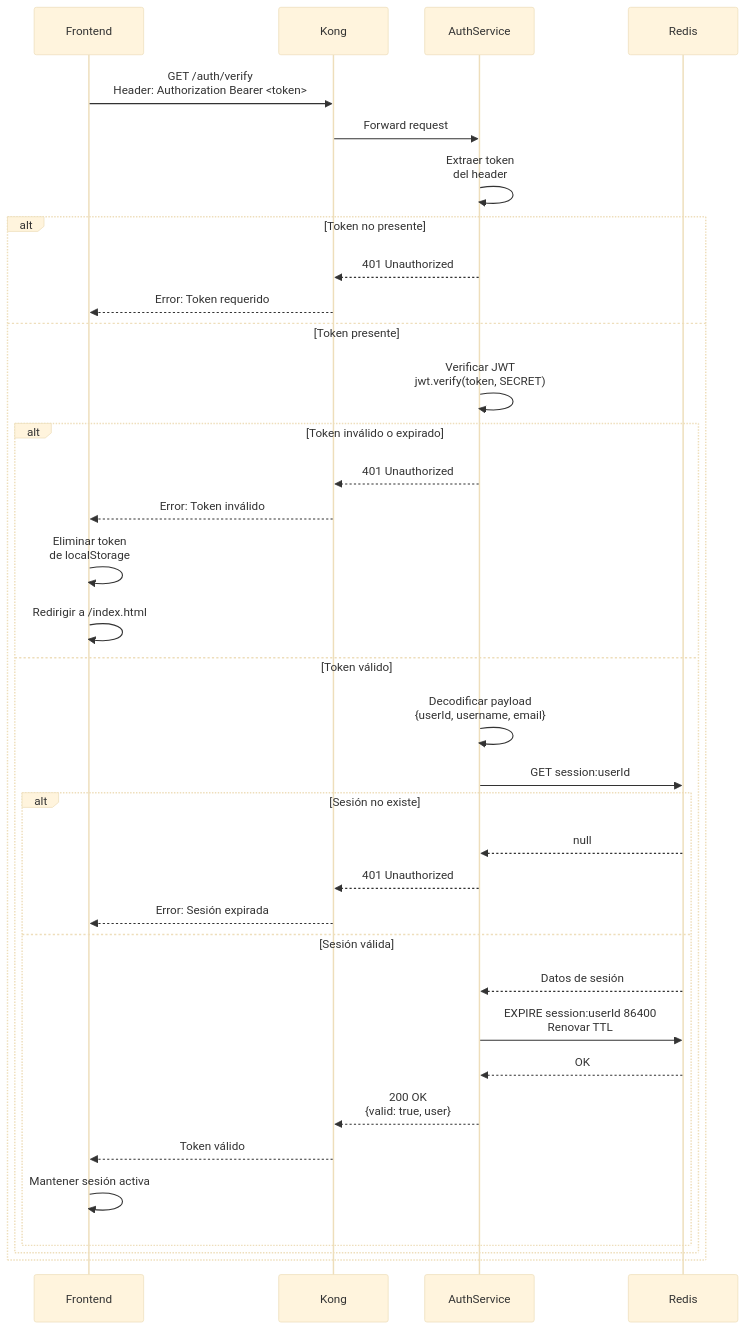
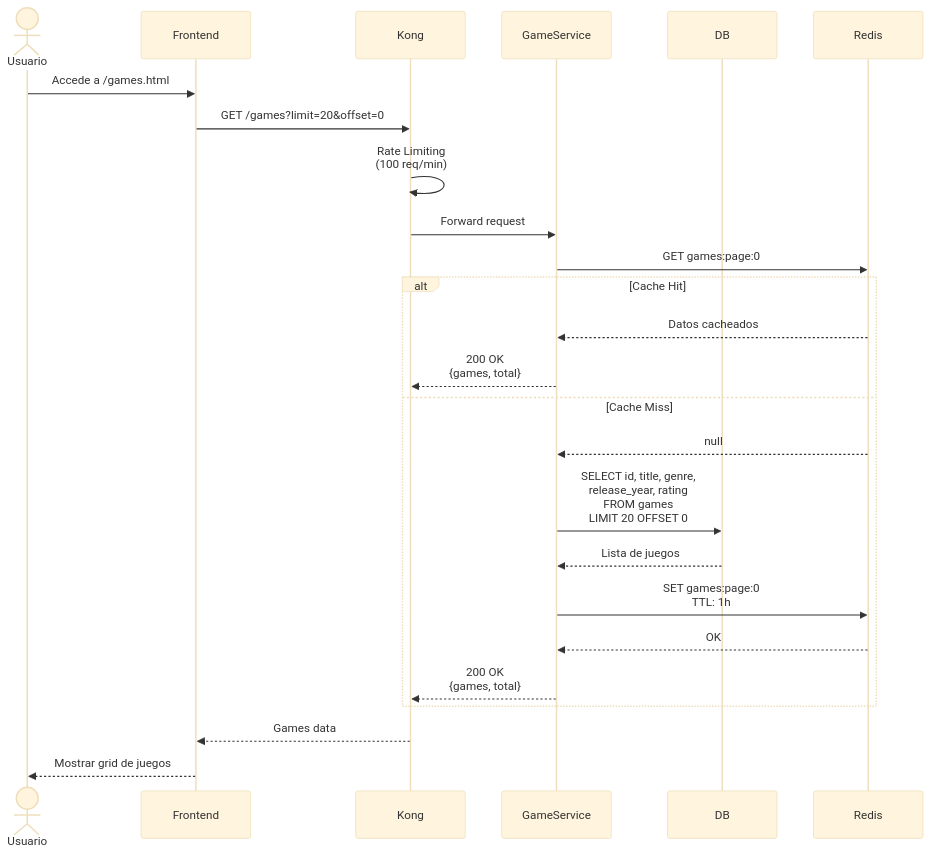
Before and after one commit to retrogamecloud/docs: the third of 7 diagrams in sequence-diagrams.mdx, drawn with Mermaid (base theme). The commit also changed other lines of this file and 26 other files, not shown here.

````diff
--- a/sequence-diagrams.mdx
+++ b/sequence-diagrams.mdx
@@ -121,47 +122,38 @@
 ```mermaid
 sequenceDiagram
+    actor Usuario
     participant Frontend
     participant Kong
-    participant AuthService
+    participant GameService
+    participant DB
     participant Redis
 
-    Frontend->>Kong: GET /auth/verify<br/>Header: Authorization Bearer <token>
+    Usuario->>Frontend: Accede a /games.html
 
-    Kong->>AuthService: Forward request
+    Frontend->>Kong: GET /games?limit=20&offset=0
 
-    AuthService->>AuthService: Extraer token<br/>del header
+    Kong->>Kong: Rate Limiting<br/>(100 req/min)
 
-    alt Token no presente
-        AuthService-->>Kong: 401 Unauthorized
-        Kong-->>Frontend: Error: Token requerido
-    else Token presente
-        AuthService->>AuthService: Verificar JWT<br/>jwt.verify(token, SECRET)
+    Kong->>GameService: Forward request
 
-        alt Token inválido o expirado
-            AuthService-->>Kong: 401 Unauthorized
-            Kong-->>Frontend: Error: Token inválido
-            Frontend->>Frontend: Eliminar token<br/>de localStorage
-            Frontend->>Frontend: Redirigir a /index.html
-        else Token válido
-            AuthService->>AuthService: Decodificar payload<br/>{userId, username, email}
+    GameService->>Redis: GET games:page:0
+    
+    alt Cache Hit
+        Redis-->>GameService: Datos cacheados
+        GameService-->>Kong: 200 OK<br/>{games, total}
+    else Cache Miss
+        Redis-->>GameService: null
 
-            AuthService->>Redis: GET session:userId
+        GameService->>DB: SELECT id, title, genre,<br/>release_year, rating<br/>FROM games<br/>LIMIT 20 OFFSET 0
 
-            alt Sesión no existe
-                Redis-->>AuthService: null
-                AuthService-->>Kong: 401 Unauthorized
-                Kong-->>Frontend: Error: Sesión expirada
-            else Sesión válida
-                Redis-->>AuthService: Datos de sesión
+        DB-->>GameService: Lista de juegos
 
-                AuthService->>Redis: EXPIRE session:userId 86400<br/>Renovar TTL
-                Redis-->>AuthService: OK
+        GameService->>Redis: SET games:page:0<br/>TTL: 1h
+        Redis-->>GameService: OK
 
-                AuthService-->>Kong: 200 OK<br/>{valid: true, user}
-                Kong-->>Frontend: Token válido
-                Frontend->>Frontend: Mantener sesión activa
-            end
-        end
+        GameService-->>Kong: 200 OK<br/>{games, total}
     end
 
+    Kong-->>Frontend: Games data
+    Frontend-->>Usuario: Mostrar grid de juegos
 ```
````
